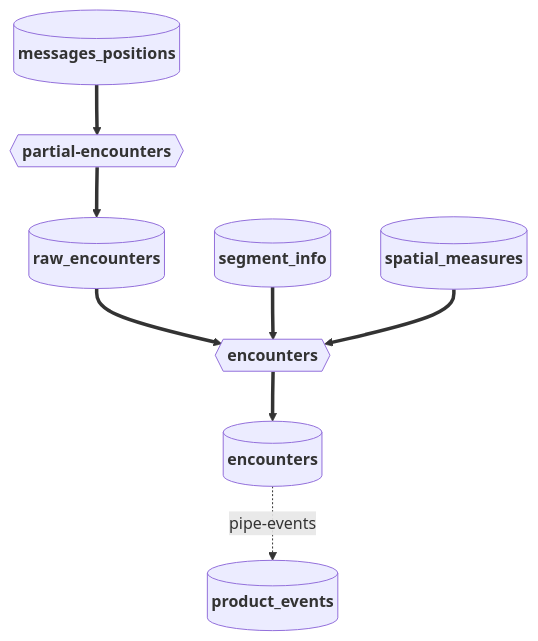
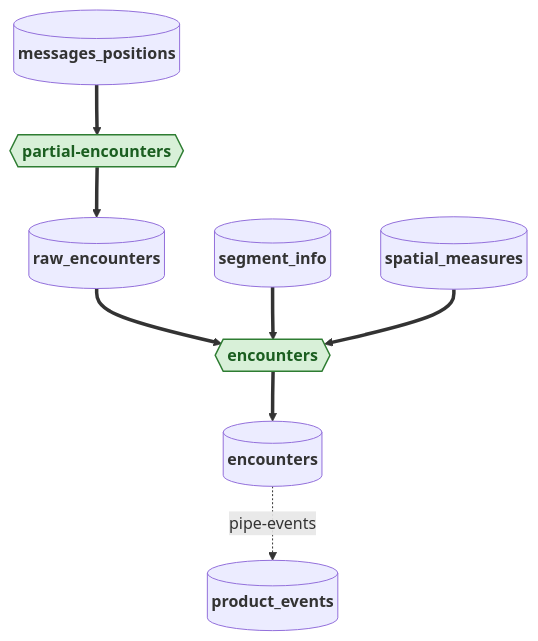
One commit to GlobalFishingWatch/pipe-encounters changed the diagram in README.md. Above: the diagram before and after it, drawn with Mermaid.

Commit message:
Color the commands in the README diagram green
Processes (hexagons) in green, tables (cylinders) in the theme's color. The
text color is set explicitly so it stays readable with GitHub's dark theme.

````diff
--- a/README.md
+++ b/README.md
@@ -77,23 +77,26 @@
 ```mermaid
 ---
 config:
   look: classic
   layout: dagre
   flowchart:
     wrappingWidth: 400
     padding: 8
 ---
 flowchart TD
     MP[("<b>messages_positions</b>")]
     SI[("<b>segment_info</b>")]
     SM[("<b>spatial_measures</b>")]
     RE[("<b>raw_encounters</b>")]
     EN[("<b>encounters</b>")]
     EV[("<b>product_events</b>")]
     PC{{"<b>partial-encounters</b>"}}
     JC{{"<b>encounters</b>"}}
 
     MP ==> PC ==> RE ==> JC ==> EN -. pipe-events .-> EV
     SI ==> JC
     SM ==> JC
+
+    classDef process fill:#d8f0d8,stroke:#2e7d32,color:#1b5e20,stroke-width:1.5px
+    class PC,JC process
 ```
````
